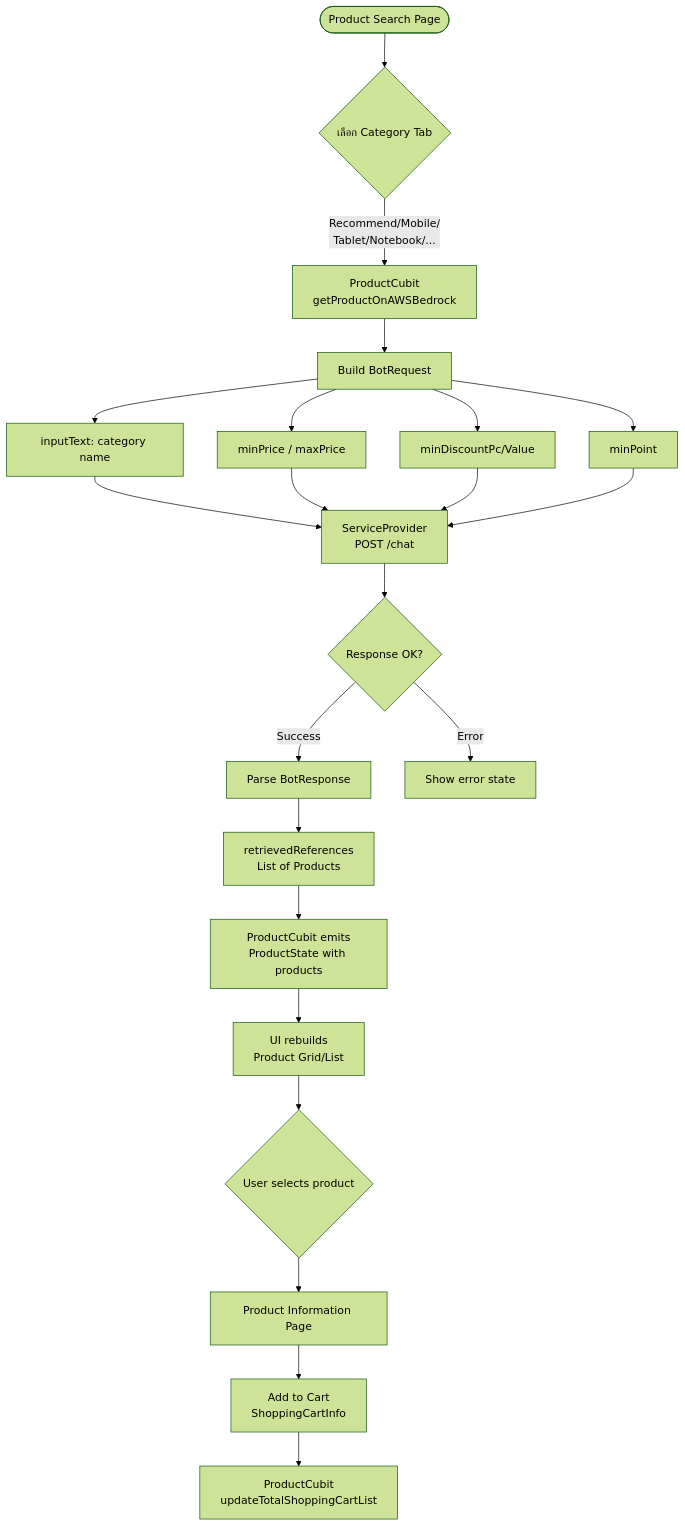
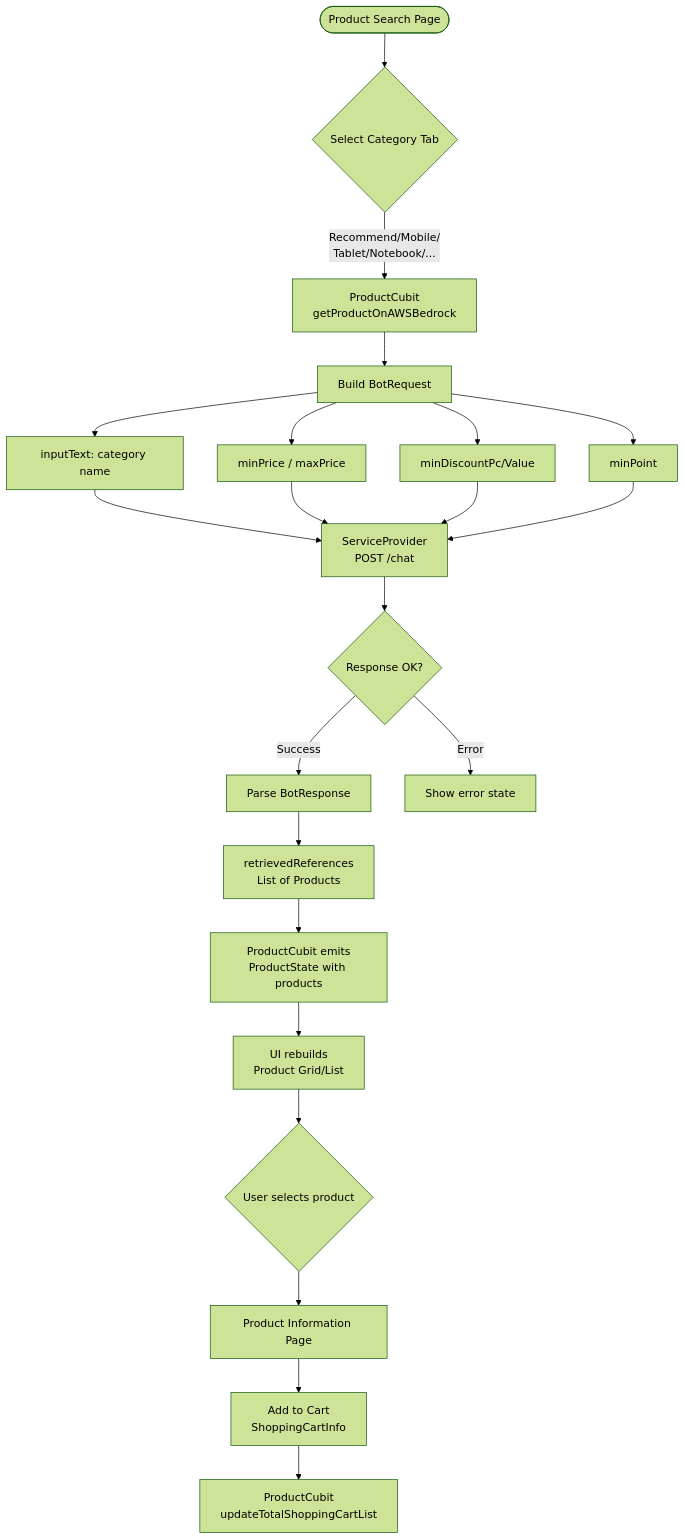
One commit to kullawattana/Jenny-GenAI-Application-V1 changed the fourth of 7 diagrams in README.md. Above: the diagram before and after it, drawn with Mermaid (forest theme). The commit also changed other lines of this file, not shown here.

````diff
--- a/README.md
+++ b/README.md
@@ -407,24 +407,24 @@
 ```mermaid
 flowchart TD
-    A([Product Search Page]) --> B{เลือก Category Tab}
+    A([Product Search Page]) --> B{Select Category Tab}
     B --> |Recommend/Mobile/\nTablet/Notebook/...| C[ProductCubit\ngetProductOnAWSBedrock]
 
     C --> D[Build BotRequest]
     D --> D1[inputText: category name]
     D --> D2[minPrice / maxPrice]
     D --> D3[minDiscountPc/Value]
     D --> D4[minPoint]
     D1 & D2 & D3 & D4 --> E[ServiceProvider\nPOST /chat]
 
     E --> F{Response OK?}
     F -->|Success| G[Parse BotResponse]
     G --> H[retrievedReferences\nList of Products]
     H --> I[ProductCubit emits\nProductState with products]
     I --> J[UI rebuilds\nProduct Grid/List]
     J --> K{User selects product}
     K --> L[Product Information Page]
     L --> M[Add to Cart\nShoppingCartInfo]
     M --> N[ProductCubit\nupdateTotalShoppingCartList]
 
     F -->|Error| O[Show error state]
 ```
````
